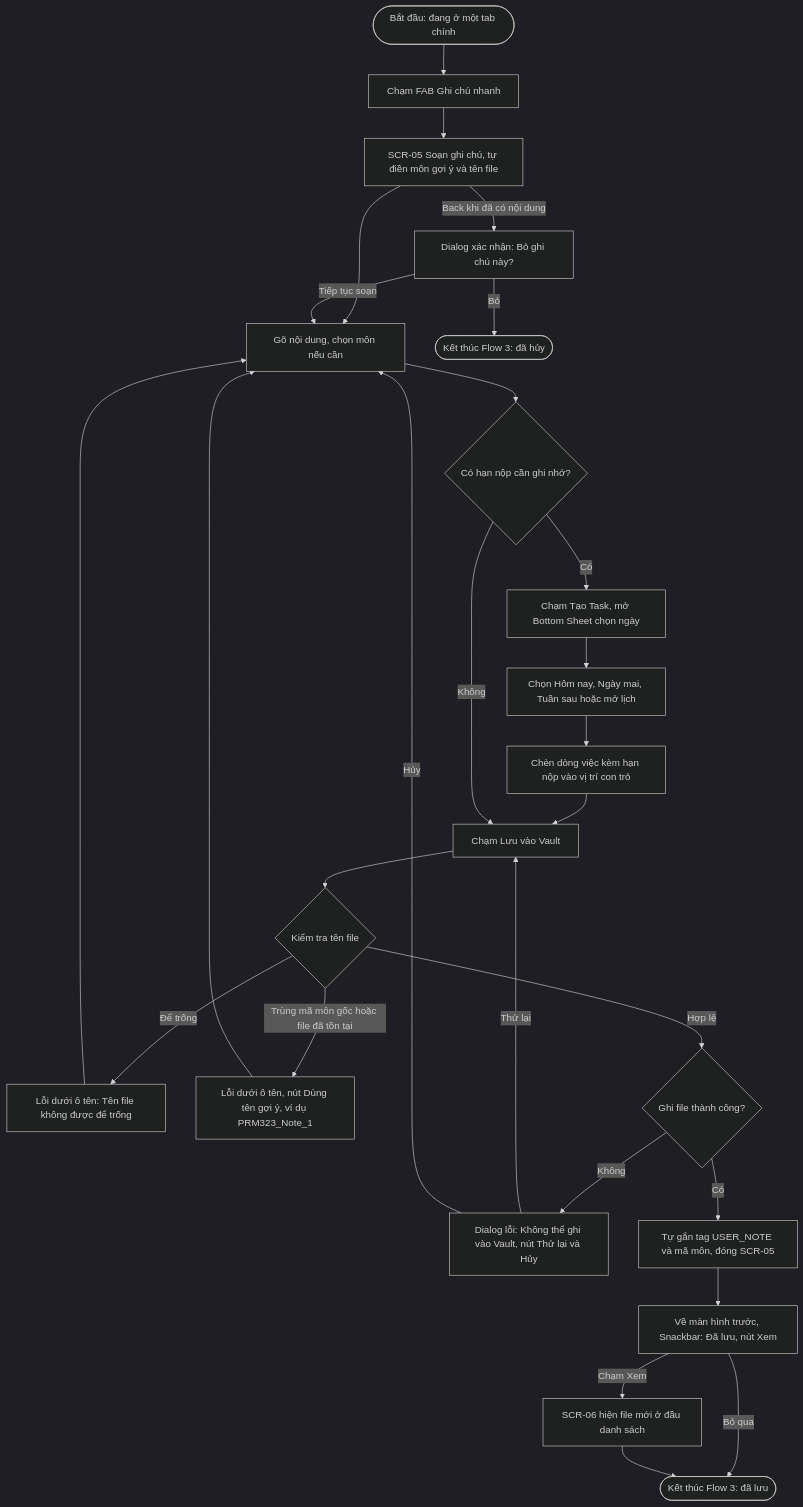
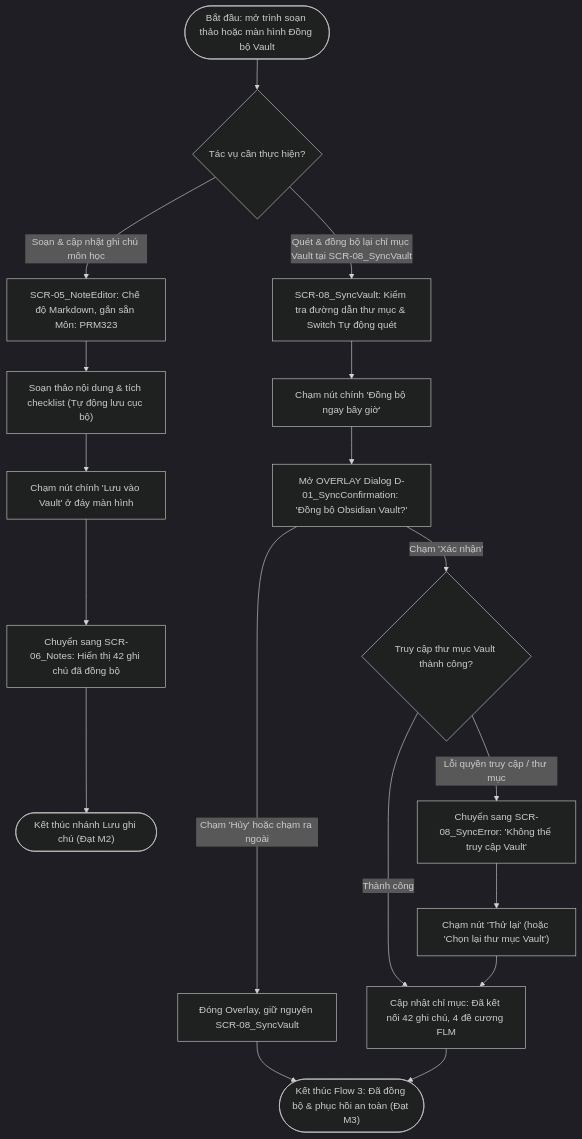
The third of 4 diagrams in user-flow.md (quanglong68/prm323-lab2-gr6), drawn with Mermaid (dark theme) before and after one commit. The commit also changed other lines of this file, not shown here.

````diff
--- a/user-flow.md
+++ b/user-flow.md
@@ -170,29 +171,20 @@
 ```mermaid
 flowchart TD
-    Start(["Bắt đầu: đang ở một tab chính"]) --> TapFab["Chạm FAB Ghi chú nhanh"]
-    TapFab --> Editor["SCR-05 Soạn ghi chú, tự điền môn gợi ý và tên file"]
-    Editor --> Content["Gõ nội dung, chọn môn nếu cần"]
-    Content --> NeedTask{"Có hạn nộp cần ghi nhớ?"}
-    NeedTask -->|Có| AddTask["Chạm Tạo Task, mở Bottom Sheet chọn ngày"]
-    AddTask --> PickDate["Chọn Hôm nay, Ngày mai, Tuần sau hoặc mở lịch"]
-    PickDate --> Insert["Chèn dòng việc kèm hạn nộp vào vị trí con trỏ"]
-    Insert --> Save["Chạm Lưu vào Vault"]
-    NeedTask -->|Không| Save
-    Save --> Validate{"Kiểm tra tên file"}
-    Validate -->|Để trống| ErrEmpty["Lỗi dưới ô tên: Tên file không được để trống"]
-    Validate -->|Trùng mã môn gốc hoặc file đã tồn tại| ErrDup["Lỗi dưới ô tên, nút Dùng tên gợi ý, ví dụ PRM323_Note_1"]
-    ErrEmpty --> Content
-    ErrDup --> Content
-    Validate -->|Hợp lệ| Write{"Ghi file thành công?"}
-    Write -->|Không| ErrDialog["Dialog lỗi: Không thể ghi vào Vault, nút Thử lại và Hủy"]
-    ErrDialog -->|Thử lại| Save
-    ErrDialog -->|Hủy| Content
-    Write -->|Có| Ok["Tự gắn tag USER_NOTE và mã môn, đóng SCR-05"]
-    Ok --> Snack["Về màn hình trước, Snackbar: Đã lưu, nút Xem"]
-    Snack -->|Chạm Xem| ViewList["SCR-06 hiện file mới ở đầu danh sách"]
-    Snack -->|Bỏ qua| EndOk(["Kết thúc Flow 3: đã lưu"])
-    ViewList --> EndOk
-    Editor -->|Back khi đã có nội dung| Discard["Dialog xác nhận: Bỏ ghi chú này?"]
-    Discard -->|Tiếp tục soạn| Content
-    Discard -->|Bỏ| EndDiscard(["Kết thúc Flow 3: đã hủy"])
+    Start(["Bắt đầu: mở trình soạn thảo hoặc màn hình Đồng bộ Vault"]) --> ActionType{"Tác vụ cần thực hiện?"}
+    ActionType -->|Soạn & cập nhật ghi chú môn học| Editor["SCR-05_NoteEditor: Chế độ Markdown, gắn sẵn Môn: PRM323"]
+    Editor --> Content["Soạn thảo nội dung & tích checklist (Tự động lưu cục bộ)"]
+    Content --> TapSave["Chạm nút chính 'Lưu vào Vault' ở đáy màn hình"]
+    TapSave --> ViewList["Chuyển sang SCR-06_Notes: Hiển thị 42 ghi chú đã đồng bộ"]
+    ViewList --> EndNote(["Kết thúc nhánh Lưu ghi chú (Đạt M2)"])
+    ActionType -->|Quét & đồng bộ lại chỉ mục Vault tại SCR-08_SyncVault| SyncScreen["SCR-08_SyncVault: Kiểm tra đường dẫn thư mục & Switch Tự động quét"]
+    SyncScreen --> TapSyncNow["Chạm nút chính 'Đồng bộ ngay bây giờ'"]
+    TapSyncNow --> ConfirmOverlay["Mở OVERLAY Dialog D-01_SyncConfirmation: 'Đồng bộ Obsidian Vault?'"]
+    ConfirmOverlay -->|Chạm 'Hủy' hoặc chạm ra ngoài| CancelSync["Đóng Overlay, giữ nguyên SCR-08_SyncVault"]
+    ConfirmOverlay -->|Chạm 'Xác nhận'| CheckAccess{"Truy cập thư mục Vault thành công?"}
+    CheckAccess -->|Thành công| SyncDone["Cập nhật chỉ mục: Đã kết nối 42 ghi chú, 4 đề cương FLM"]
+    CheckAccess -->|Lỗi quyền truy cập / thư mục| SyncError["Chuyển sang SCR-08_SyncError: 'Không thể truy cập Vault'"]
+    SyncError --> RetryTap["Chạm nút 'Thử lại' (hoặc 'Chọn lại thư mục Vault')"]
+    RetryTap --> SyncDone
+    CancelSync --> EndSync(["Kết thúc Flow 3: Đã đồng bộ & phục hồi an toàn (Đạt M3)"])
+    SyncDone --> EndSync
 ```
````
